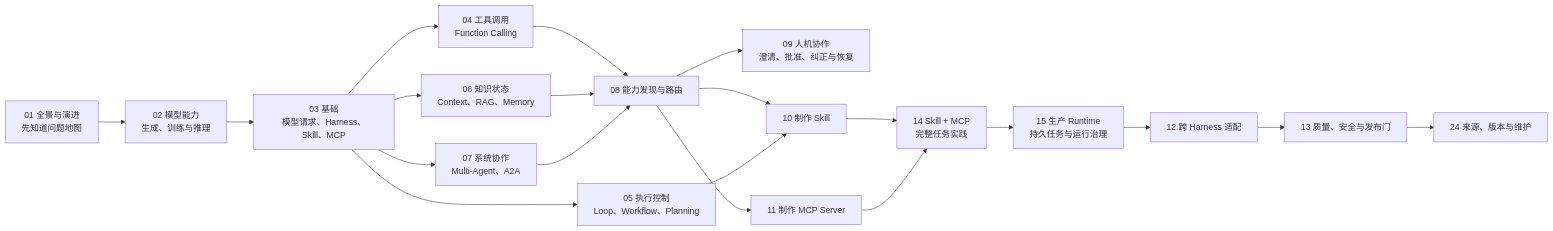
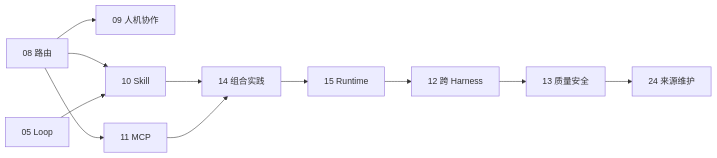
One commit to FoLaJJ/agent-systems-notes changed the eighth of 8 diagrams in docs/01-agent-evolution.md. Above: the diagram before and after it, drawn with Mermaid. The commit also changed other lines of this file and 11 other files, not shown here.

Commit message:
Improve Mermaid diagram readability

````diff
--- a/docs/01-agent-evolution.md
+++ b/docs/01-agent-evolution.md
@@ -277,22 +286,13 @@
 ```mermaid
 flowchart LR
-    A["01 全景与演进<br/>先知道问题地图"] --> L["02 模型能力<br/>生成、训练与推理"]
-    L --> B["03 基础<br/>模型请求、Harness、Skill、MCP"]
-    B --> C["04 工具调用<br/>Function Calling"]
-    B --> D["05 执行控制<br/>Loop、Workflow、Planning"]
-    B --> E["06 知识状态<br/>Context、RAG、Memory"]
-    B --> F["07 系统协作<br/>Multi-Agent、A2A"]
-    C --> R["08 能力发现与路由"]
-    E --> R
-    F --> R
-    R --> X["09 人机协作<br/>澄清、批准、纠正与恢复"]
-    R --> G["10 制作 Skill"]
-    D --> G
-    R --> H["11 制作 MCP Server"]
-    G --> I["14 Skill + MCP<br/>完整任务实践"]
-    H --> I
-    I --> Y["15 生产 Runtime<br/>持久任务与运行治理"]
-    Y --> J["12 跨 Harness 适配"]
-    J --> K["13 质量、安全与发布门"]
-    K --> Z["24 来源、版本与维护"]
+    H["08 路由"] --> I["09 人机协作"]
+    H --> J["10 Skill"]
+    H --> K["11 MCP"]
+    E["05 Loop"] --> J
+    J --> L["14 组合实践"]
+    K --> L
+    L --> M["15 Runtime"]
+    M --> N["12 跨 Harness"]
+    N --> O["13 质量安全"]
+    O --> P["24 来源维护"]
 ```
````
